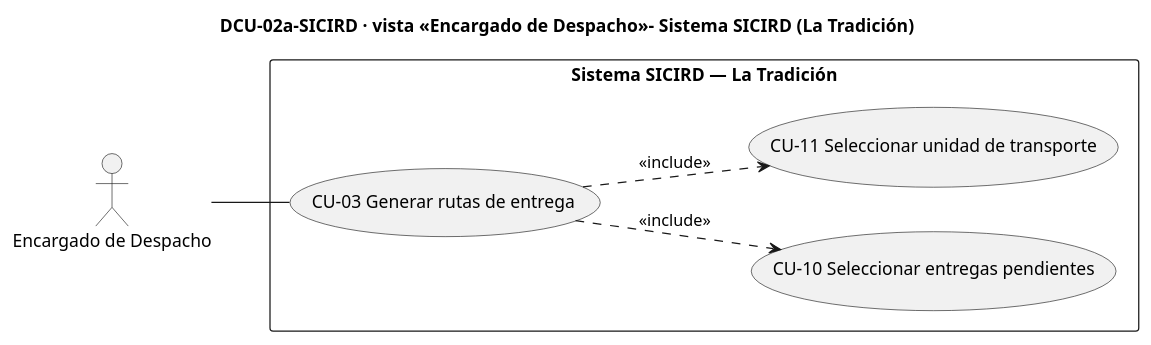
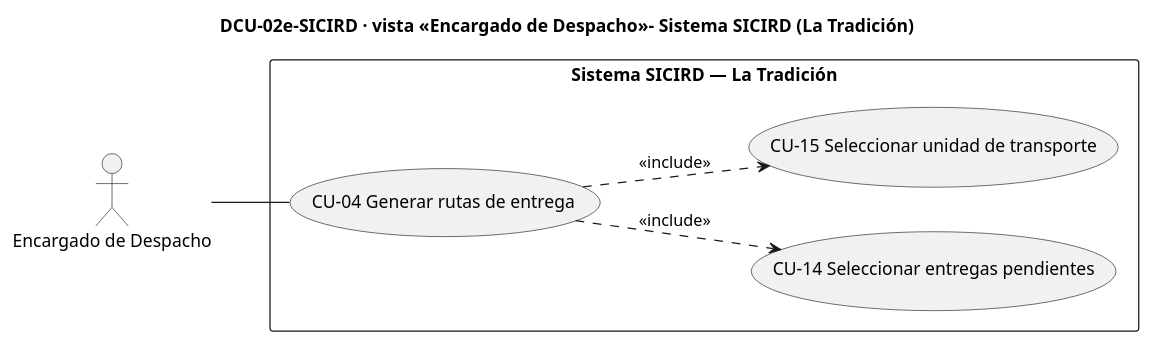
The diagram in DCU-02e.puml (Kriner2005/2026-2-IReq-Grupo03), drawn with PlantUML before and after one commit. The commit also changed 3 other files, not shown here.

Commit message:
added DCU-02f.puml and some changes in DCU-SICIRD.puml

```diff
--- a/DCU-02e.puml
+++ b/DCU-02e.puml
@@ -1,20 +1,20 @@
-@startuml DCU-02a-SICIRD
-title DCU-02a-SICIRD · vista <<Encargado de Despacho >>- Sistema SICIRD (La Tradición)
+@startuml DCU-02e-SICIRD
+title DCU-02e-SICIRD · vista <<Encargado de Despacho >>- Sistema SICIRD (La Tradición)
 left to right direction
 
 actor "Encargado de Despacho" as DES
 
 
 rectangle "Sistema SICIRD — La Tradición" {
-  usecase "CU-03 Generar rutas de entrega" as CU03
-  usecase "CU-10 Seleccionar entregas pendientes" as CU10
-  usecase "CU-11 Seleccionar unidad de transporte" as CU11
+  usecase "CU-04 Generar rutas de entrega" as CU04
+  usecase "CU-14 Seleccionar entregas pendientes" as CU14
+  usecase "CU-15 Seleccionar unidad de transporte" as CU15
 }
 
-DES -- CU03
+DES -- CU04
 
-CU03 ..> CU10 : <<include>>
-CU03 ..> CU11 : <<include>>
+CU04 ..> CU14 : <<include>>
+CU04 ..> CU15 : <<include>>
 
 
 @enduml
```
